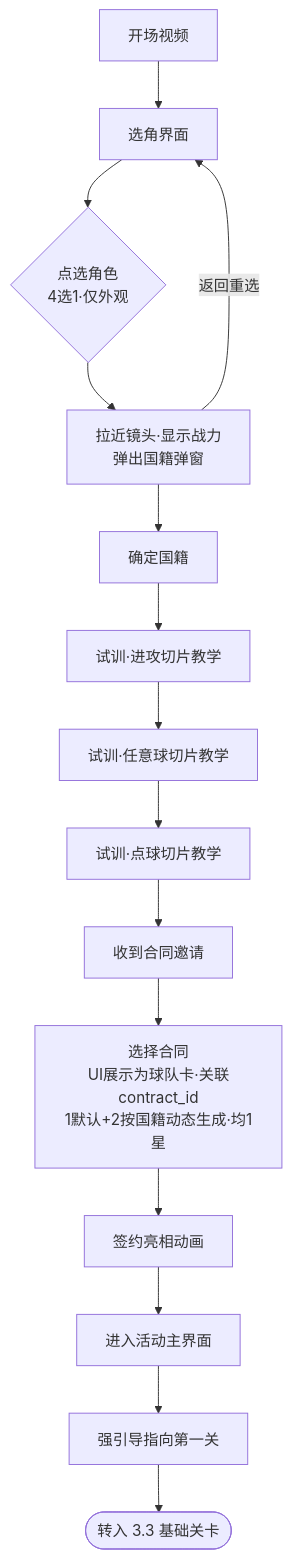
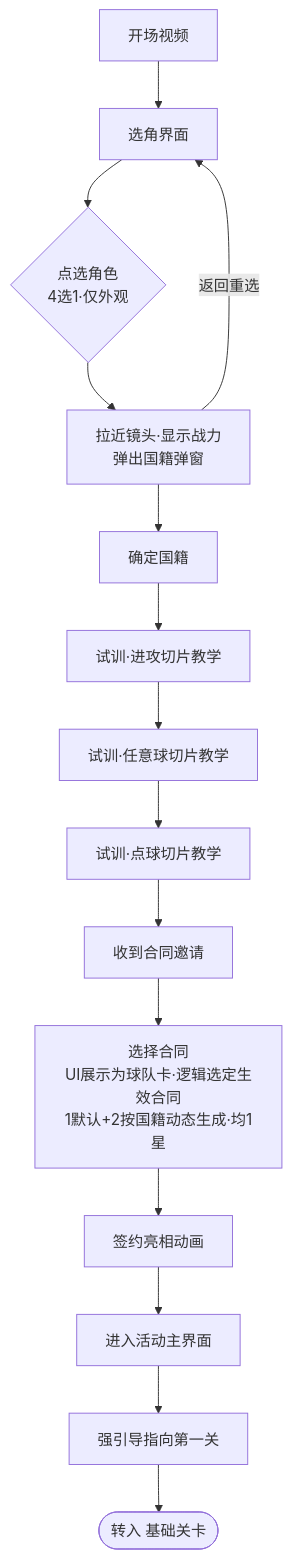
One commit to RehearsalTap4Fun/MindToDoc changed the first of 8 diagrams in output/2026世界杯主题活动.md. Above: the diagram before and after it, drawn with Mermaid. The commit also changed other lines of this file and 4 other files, not shown here.

````diff
--- a/output/2026世界杯主题活动.md
+++ b/output/2026世界杯主题活动.md
@@ -78,17 +79,17 @@
 ```mermaid
 flowchart TD
     A[开场视频] --> B[选角界面]
     B --> C{点选角色<br/>4选1·仅外观}
     C --> D[拉近镜头·显示战力<br/>弹出国籍弹窗]
     D -->|返回重选| B
     D --> E[确定国籍]
     E --> F[试训·进攻切片教学]
     F --> G[试训·任意球切片教学]
     G --> H[试训·点球切片教学]
     H --> I[收到合同邀请]
-    I --> J[选择合同<br/>UI展示为球队卡·关联contract_id<br/>1默认+2按国籍动态生成·均1星]
+    I --> J[选择合同<br/>UI展示为球队卡·逻辑选定生效合同<br/>1默认+2按国籍动态生成·均1星]
     J --> K[签约亮相动画]
     K --> L[进入活动主界面]
     L --> M[强引导指向第一关]
-    M --> N([转入 3.3 基础关卡])
+    M --> N([转入 基础关卡])
 ```
````
